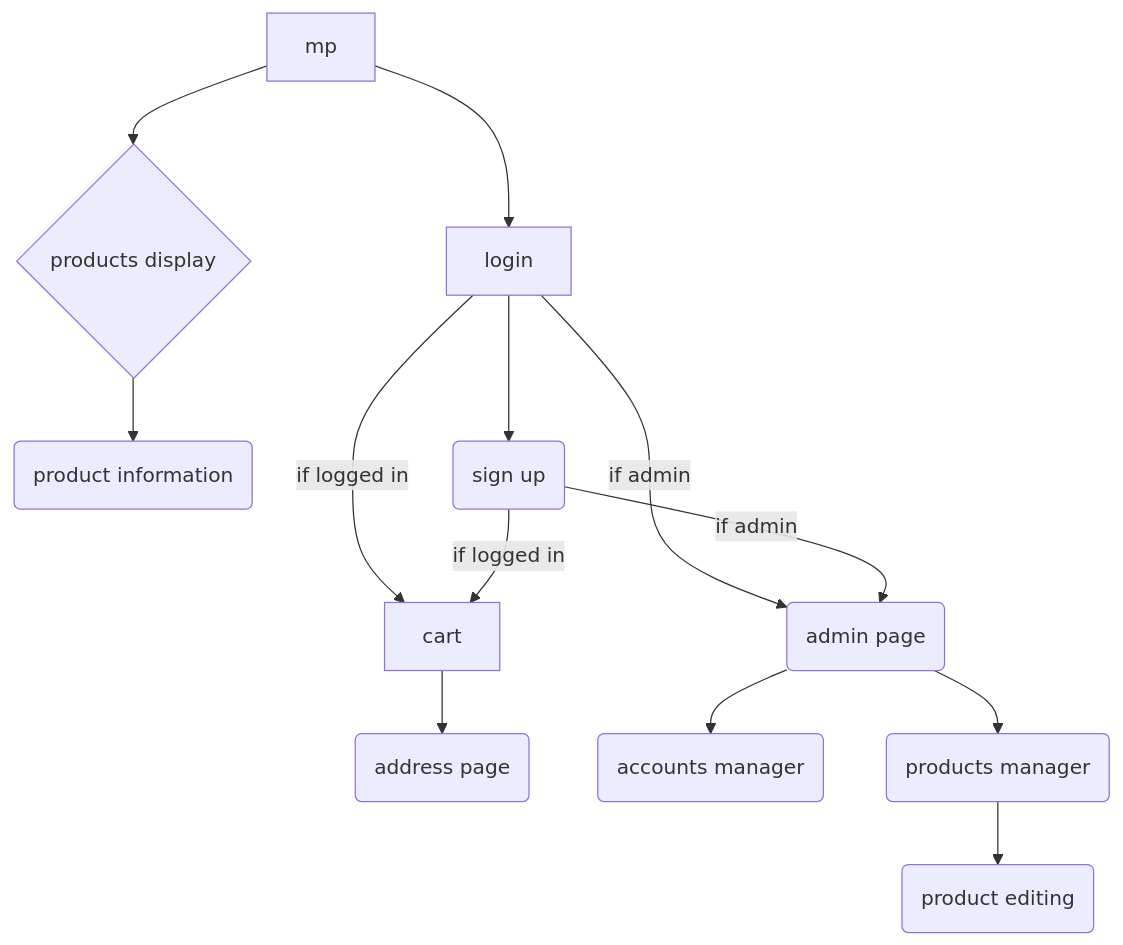
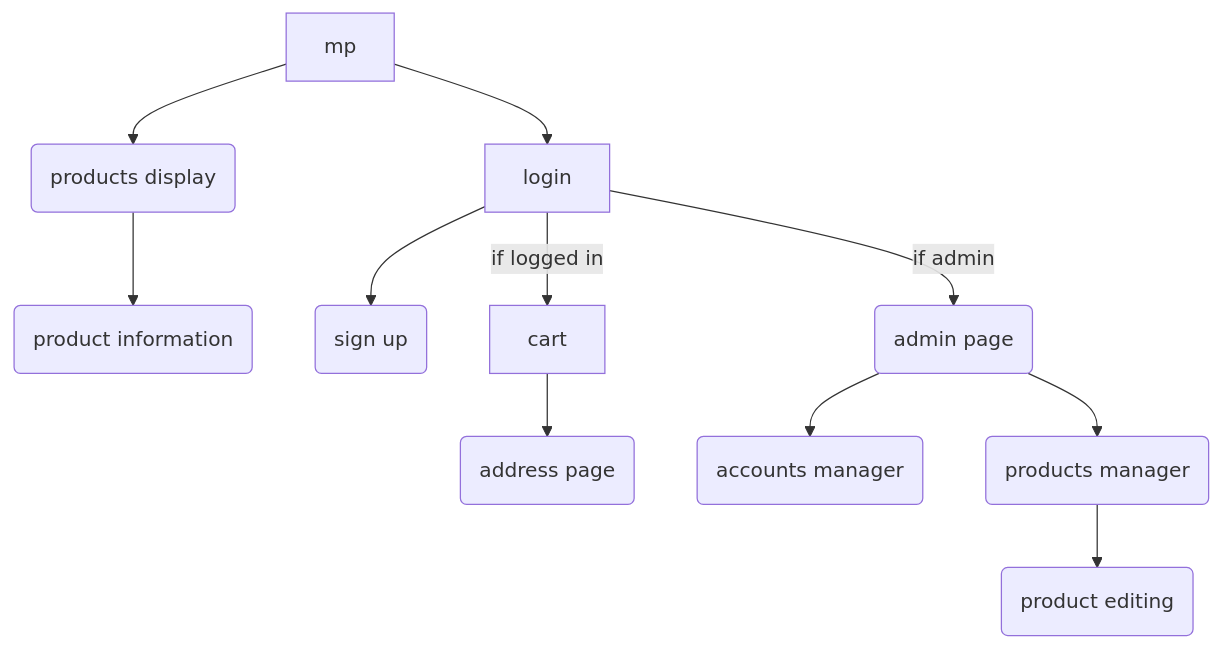
The diagram in docs/Web_Design.md (Giang-UIT/lootBox-Store), drawn with Mermaid before and after one commit.

Commit message:
web design update

````diff
--- a/docs/Web_Design.md
+++ b/docs/Web_Design.md
@@ -3,13 +3,13 @@
 ```mermaid
 
     flowchart TD
-    mp --> pd{products display} & login 
+    mp --> pd(products display) & login 
     pd --> pinf(product information)
     login -->  s(sign up)
-    login & s --> |if logged in| cart
-    login & s --> |if admin| ap(admin page)
+    login --> |if logged in| cart
+    login  --> |if admin| ap(admin page)
     cart --> add(address page)
     ap --> accm(accounts manager) & pman(products manager)
     pman --> edi(product editing)
 
 ```
````
